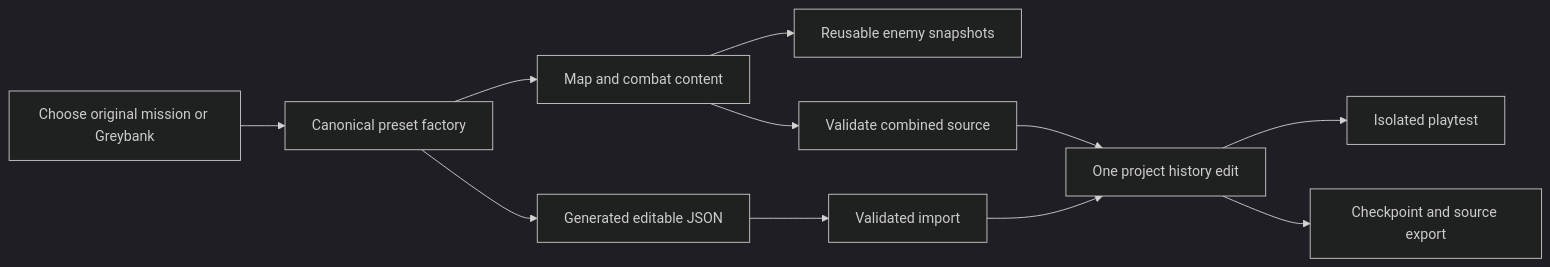
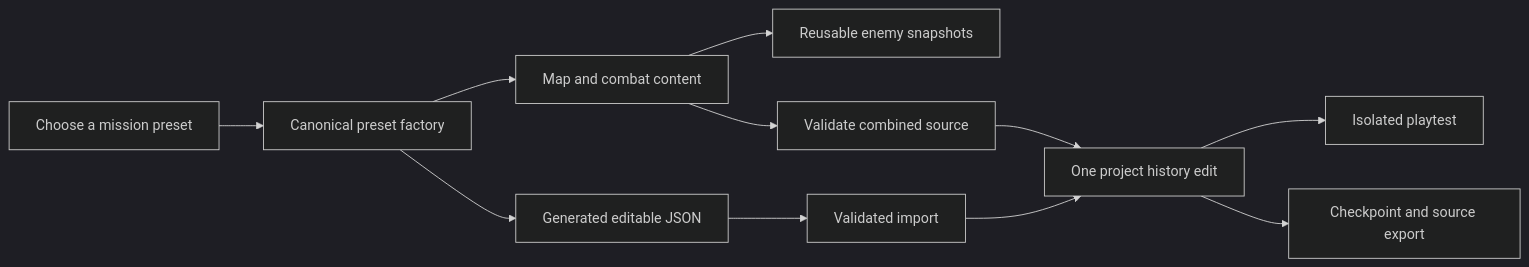
The diagram in docs/MISSION_LIBRARY.md (CptNope/Echoes-of-the-Shattered-Crown), drawn with Mermaid (dark theme) before and after one commit. The commit also changed other lines of this file and 23 other files, not shown here.

````diff
--- a/docs/MISSION_LIBRARY.md
+++ b/docs/MISSION_LIBRARY.md
@@ -25,13 +27,13 @@
 ```mermaid
 flowchart LR
-    Choose[Choose original mission or Greybank] --> Build[Canonical preset factory]
+    Choose[Choose a mission preset] --> Build[Canonical preset factory]
     Build --> Source[Map and combat content]
     Source --> Templates[Reusable enemy snapshots]
     Source --> Check[Validate combined source]
     Check --> Apply[One project history edit]
     Apply --> Play[Isolated playtest]
     Apply --> Save[Checkpoint and source export]
     Build --> Fixture[Generated editable JSON]
     Fixture --> Import[Validated import]
     Import --> Apply
 ```
````
